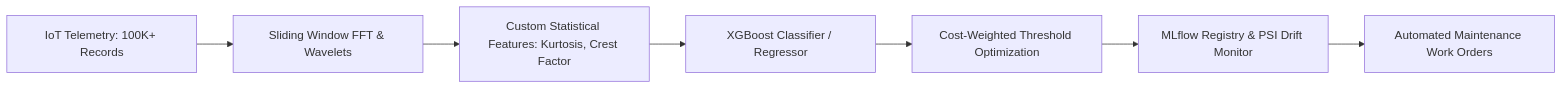
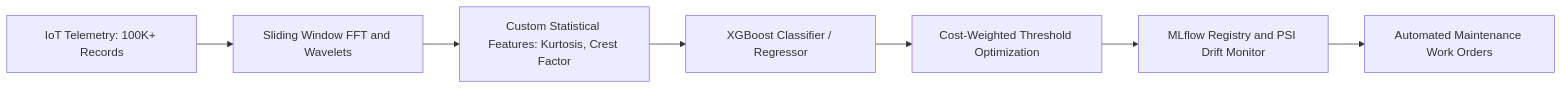
Before and after one commit to Prateek-N/preprationstuff: the first of 7 diagrams in haritha_part1.md, drawn with Mermaid. The commit also changed other lines of this file and 5 other files, not shown here.

Commit message:
Fix Mermaid diagram syntax in System 2 flow and quote all node labels for Mermaid 11.x

````diff
--- a/haritha_part1.md
+++ b/haritha_part1.md
@@ -12,9 +12,9 @@
 ```mermaid
 flowchart LR
-    A[IoT Telemetry: 100K+ Records] --> B[Sliding Window FFT & Wavelets]
-    B --> C[Custom Statistical Features: Kurtosis, Crest Factor]
-    C --> D[XGBoost Classifier / Regressor]
-    D --> E[Cost-Weighted Threshold Optimization]
-    E --> F[MLflow Registry & PSI Drift Monitor]
-    F --> G[Automated Maintenance Work Orders]
+    A["IoT Telemetry: 100K+ Records"] --> B["Sliding Window FFT and Wavelets"]
+    B --> C["Custom Statistical Features: Kurtosis, Crest Factor"]
+    C --> D["XGBoost Classifier / Regressor"]
+    D --> E["Cost-Weighted Threshold Optimization"]
+    E --> F["MLflow Registry and PSI Drift Monitor"]
+    F --> G["Automated Maintenance Work Orders"]
 ```
````
